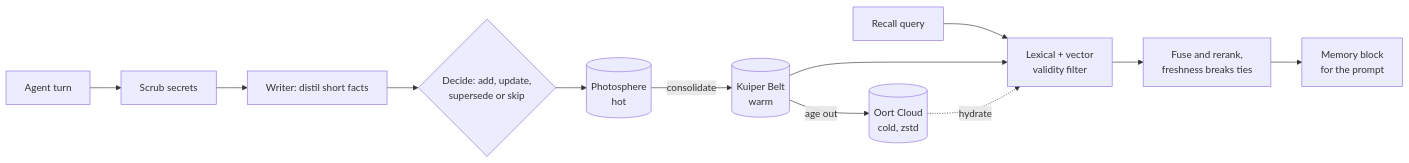
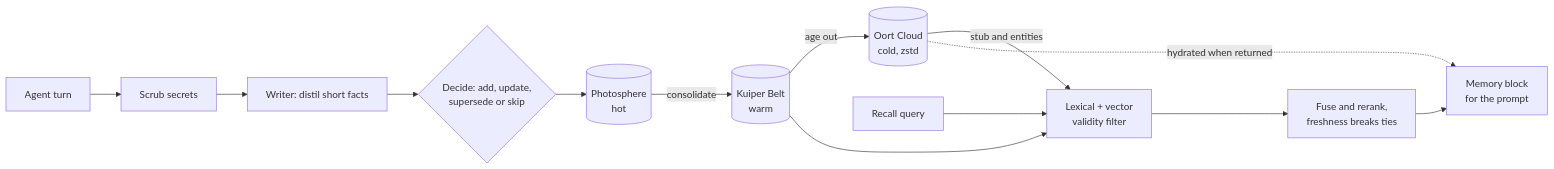
One commit to oortmem/oort changed the diagram in README.md. Above: the diagram before and after it, drawn with Mermaid. The commit also changed 5 other files, not shown here.

First line of the commit message:
Recall: hydrate cold memories after fusion, touch only what is returned (CON-47)

````diff
--- a/README.md
+++ b/README.md
@@ -62,14 +62,15 @@
 ```mermaid
 flowchart LR
   T[Agent turn] --> S[Scrub secrets]
   S --> W[Writer: distil short facts]
   W --> G{Decide: add, update,<br/>supersede or skip}
   G --> H[(Photosphere<br/>hot)]
   H -- consolidate --> K[(Kuiper Belt<br/>warm)]
   K -- age out --> C[(Oort Cloud<br/>cold, zstd)]
   Q[Recall query] --> F[Lexical + vector<br/>validity filter]
   F --> R[Fuse and rerank,<br/>freshness breaks ties]
   K --> F
-  C -. hydrate .-> F
+  C -- stub and entities --> F
+  C -. hydrated when returned .-> A
   R --> A[Memory block<br/>for the prompt]
 ```
````
